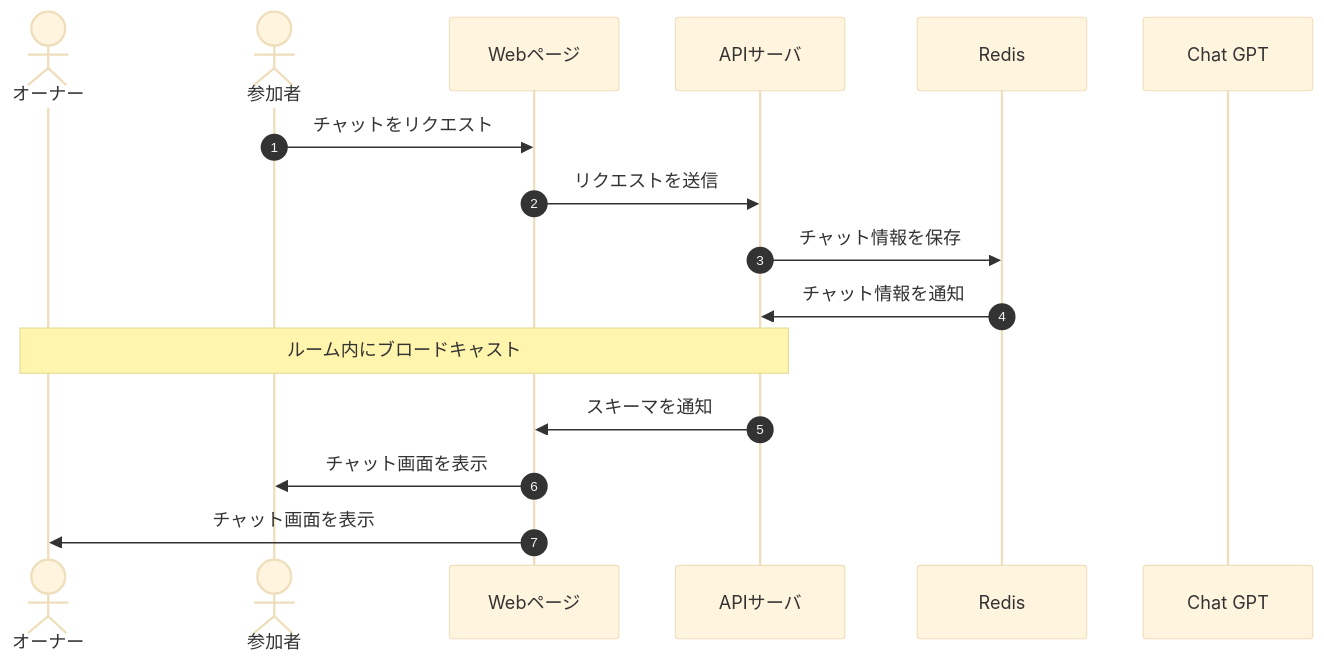
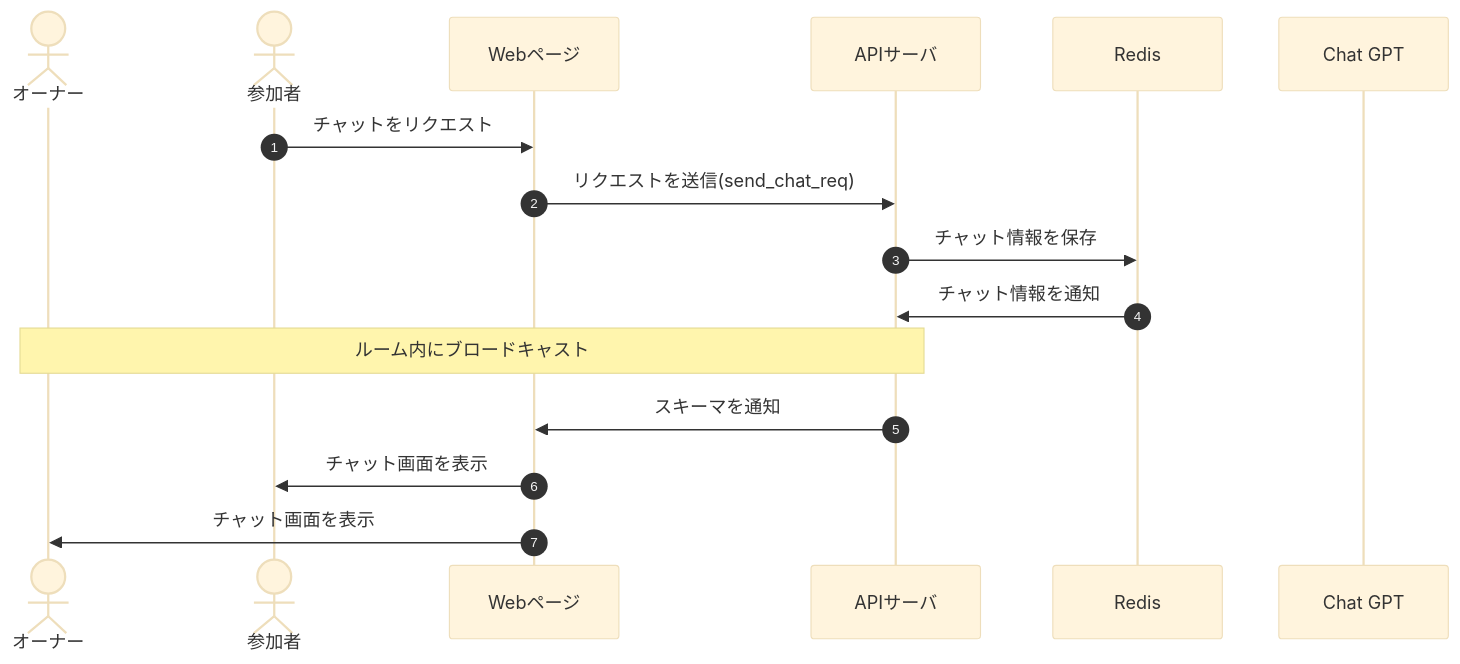
The diagram in docs/DesignDog/04_チャット機能.md (Tanakaryuki/chat_wolf), drawn with Mermaid (base theme) before and after one commit. The commit also changed other lines of this file and 29 other files, not shown here.

Commit message:
docs: 📄 fix Design Doc schema

````diff
--- a/docs/DesignDog/04_チャット機能.md
+++ b/docs/DesignDog/04_チャット機能.md
@@ -11,19 +11,19 @@
 ```mermaid
 sequenceDiagram
     autonumber
     actor owner as オーナー
     actor participants as 参加者
     participant front as Webページ
     participant api as APIサーバ
     participant db as Redis
     participant ai as Chat GPT
 
     participants->>front: チャットをリクエスト
-    front->>api: リクエストを送信
+    front->>api: リクエストを送信(send_chat_req)
     api->>db: チャット情報を保存
     db->>api: チャット情報を通知
     Note over owner,api: ルーム内にブロードキャスト
     api->>front: スキーマを通知
     front->>participants: チャット画面を表示
     front->>owner: チャット画面を表示
 ```
````
